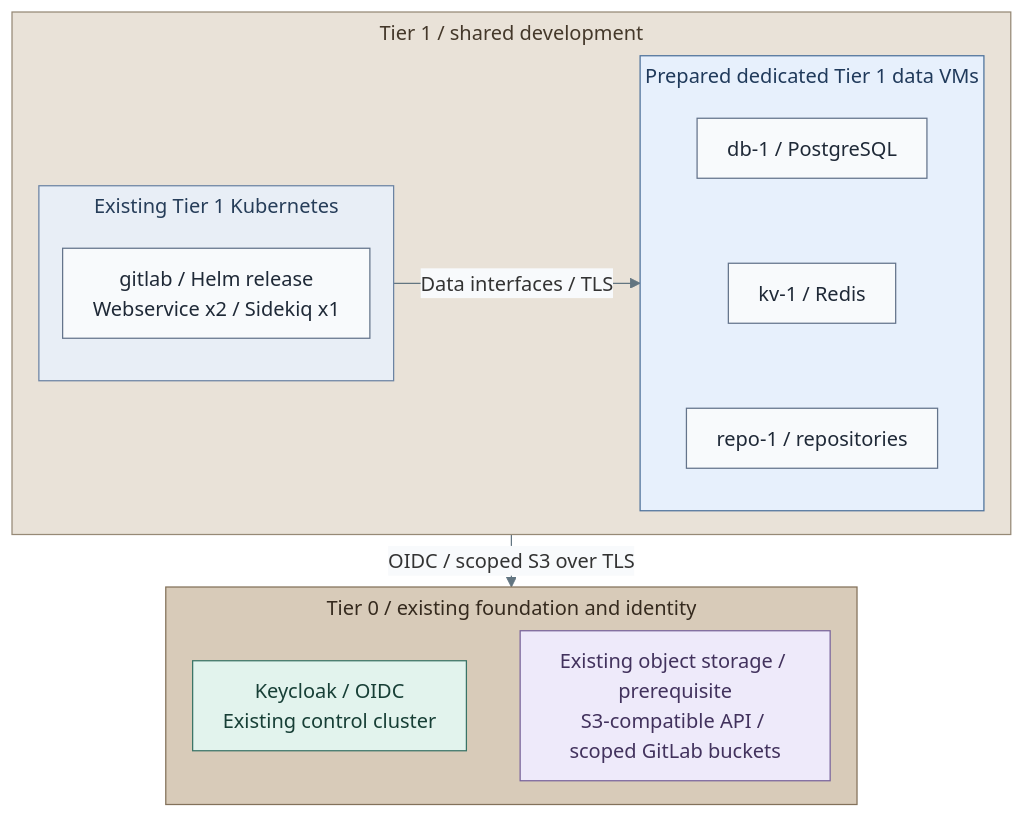
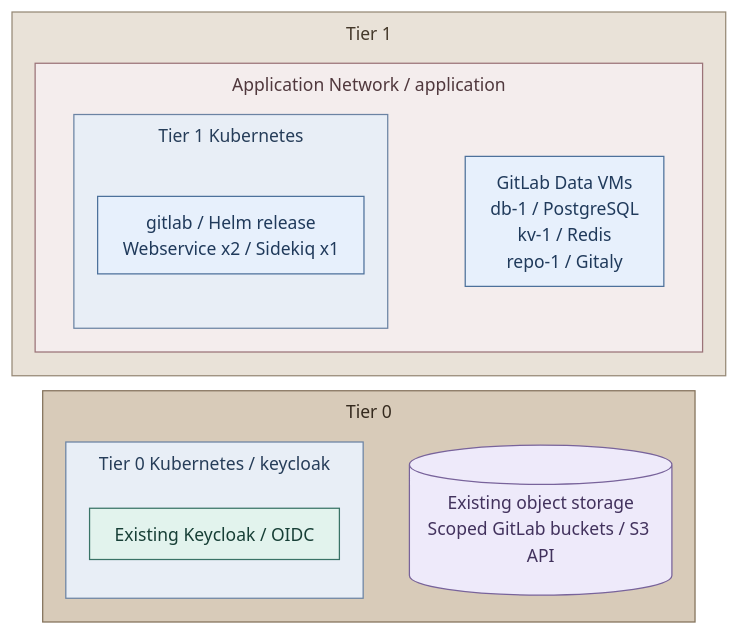
The first of 4 diagrams in docs/03-deployment/stage-9-development/README.md (Rexus/homelab), drawn with Mermaid before and after one commit. The commit also changed other lines of this file and 124 other files, not shown here.

First line of the commit message:
fix(platform): align service diagrams and directory failover

````diff
--- a/docs/03-deployment/stage-9-development/README.md
+++ b/docs/03-deployment/stage-9-development/README.md
@@ -13,39 +13,38 @@
 ```mermaid
-%%{init: {"theme":"base","flowchart":{"nodeSpacing":18,"rankSpacing":18,"padding":12,"subGraphTitleMargin":{"top":4,"bottom":12}},"themeVariables":{"lineColor":"#627581","edgeLabelBackground":"#f8fafc"}}}%%
+%%{init: {"theme":"base","flowchart":{"nodeSpacing":18,"rankSpacing":12,"padding":10,"subGraphTitleMargin":{"top":6,"bottom":16}},"themeVariables":{"lineColor":"#627581","edgeLabelBackground":"#f8fafc","fontFamily":"Arial, sans-serif","fontSize":"14px"},"fontFamily":"Arial, sans-serif"}}%%
 flowchart TB
-  subgraph T1["Tier 1 / shared development"]
+  subgraph T1["Tier 1"]
+    subgraph ApplicationNetwork["Application Network / application"]
+      direction LR
+      subgraph Cluster["Tier 1 Kubernetes"]
+        Git["gitlab / Helm release<br/>Webservice x2 / Sidekiq x1"]
+      end
+      Data["GitLab Data VMs<br/>db-1 / PostgreSQL<br/>kv-1 / Redis<br/>repo-1 / Gitaly"]
+      Cluster ~~~ Data
+    end
+  end
+  subgraph T0["Tier 0"]
     direction LR
-    subgraph Cluster["Existing Tier 1 Kubernetes"]
-      Git["gitlab / Helm release<br/>Webservice x2 / Sidekiq x1"]
+    subgraph ControlCluster["Tier 0 Kubernetes / keycloak"]
+      IdP["Existing Keycloak / OIDC"]
     end
-    subgraph Data["Prepared dedicated Tier 1 data VMs"]
-      direction TB
-      DB["db-1 / PostgreSQL"]
-      Cache["kv-1 / Redis"]
-      Repos["repo-1 / repositories"]
-      DB ~~~ Cache ~~~ Repos
-    end
-    Cluster -->|Data interfaces / TLS| Data
+    Objects[("Existing object storage<br/>Scoped GitLab buckets / S3 API")]
+    ControlCluster ~~~ Objects
   end
-  subgraph T0["Tier 0 / existing foundation and identity"]
-    direction LR
-    IdP["Keycloak / OIDC<br/>Existing control cluster"]
-    Objects["Existing object storage / prerequisite<br/>S3-compatible API / scoped GitLab buckets"]
-    IdP ~~~ Objects
-  end
-  T1 -->|OIDC / scoped S3 over TLS| T0
+  T1 ~~~ T0
   classDef default fill:#f8fafc,stroke:#64748b,color:#1f2937
   classDef services fill:#e7f0fc,stroke:#4d719b,color:#203a5b
-  classDef runtime fill:#d9eeec,stroke:#4d7b77,color:#173f3e
   classDef control fill:#e2f3ed,stroke:#397366,color:#173f36
   classDef data fill:#eeeafa,stroke:#78639b,color:#42325d
-  class Data services
+  classDef kubernetes fill:#e8eef6,stroke:#6b83a3,color:#263d59
+  classDef network fill:#f4eded,stroke:#9b7378,color:#50383d
+  classDef tier0 fill:#d8cbb9,stroke:#83715a,color:#352a1e
+  classDef tier1 fill:#e9e2d8,stroke:#968976,color:#44382a
+  class Git,Data services
   class IdP control
   class Objects data
-  classDef kubernetes fill:#e8eef6,stroke:#6b83a3,color:#263d59
-  class Cluster kubernetes
-  classDef tier0 fill:#d8cbb9,stroke:#83715a,color:#352a1e
+  class Cluster,ControlCluster kubernetes
+  class ApplicationNetwork network
+  class T1 tier1
   class T0 tier0
-  classDef tier1 fill:#e9e2d8,stroke:#968976,color:#44382a
-  class T1 tier1
 ```
````
